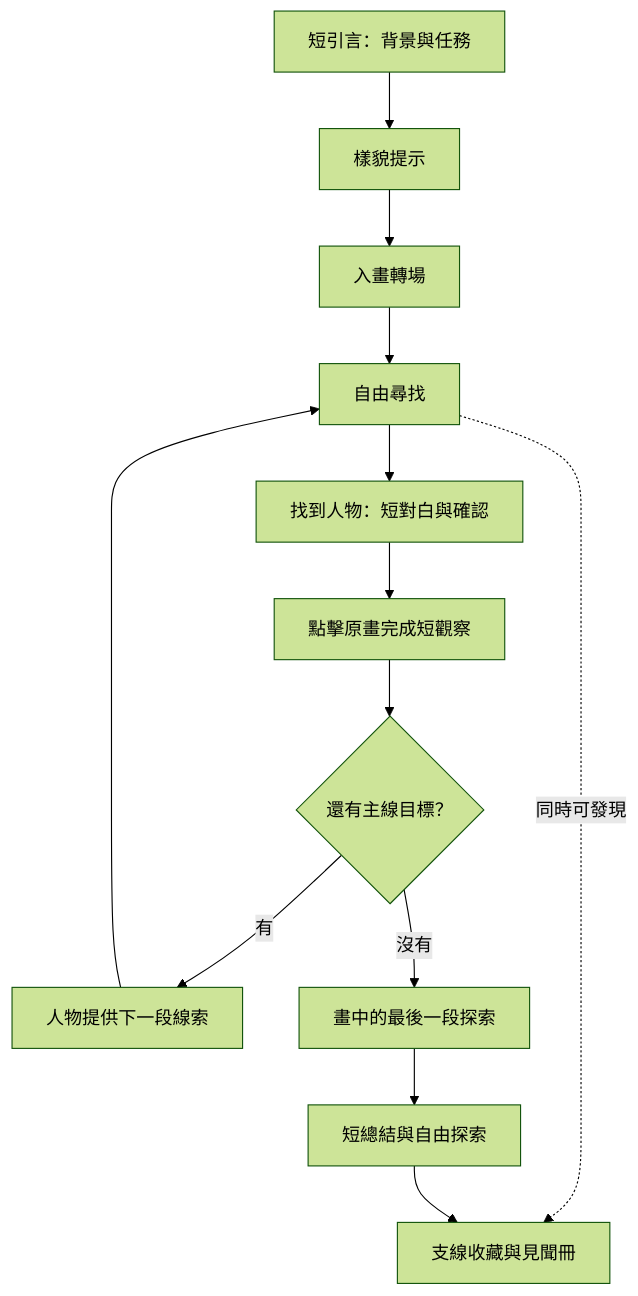
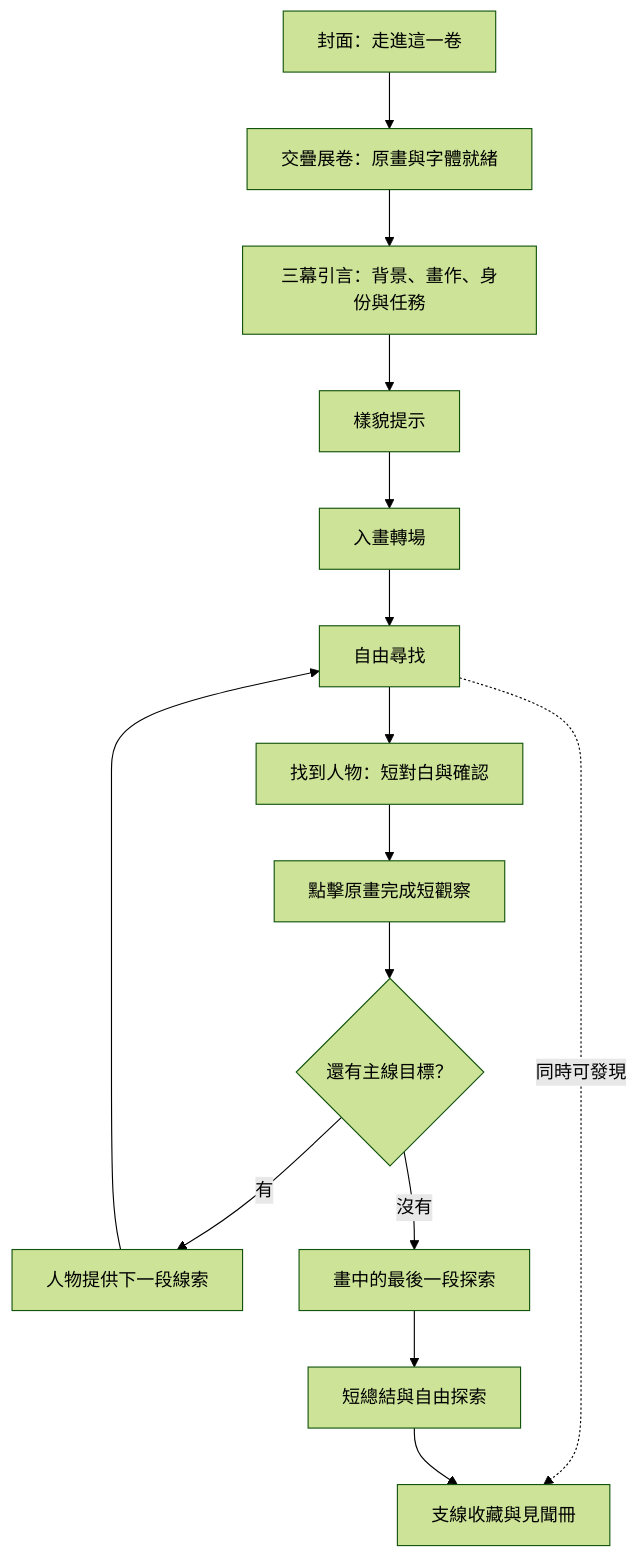
Before and after one commit to vincentttchan/chinese-wally: the diagram in docs/historical-painting-chapter-standard.md, drawn with Mermaid (forest theme). The commit also changed other lines of this file and 7 other files, not shown here.

````diff
--- a/docs/historical-painting-chapter-standard.md
+++ b/docs/historical-painting-chapter-standard.md
@@ -73,15 +75,17 @@
 ```mermaid
 flowchart TD
-  A[短引言：背景與任務] --> B[樣貌提示]
+  A0[封面：走進這一卷] --> A1[交疊展卷：原畫與字體就緒]
+  A1 --> A[三幕引言：背景、畫作、身份與任務]
+  A --> B[樣貌提示]
   B --> C[入畫轉場]
   C --> D[自由尋找]
   D --> E[找到人物：短對白與確認]
   E --> F[點擊原畫完成短觀察]
   F --> G{還有主線目標？}
   G -->|有| H[人物提供下一段線索]
   H --> D
   G -->|沒有| I[畫中的最後一段探索]
   I --> J[短總結與自由探索]
   D -. 同時可發現 .-> K[支線收藏與見聞冊]
   J --> K
 ```
````
